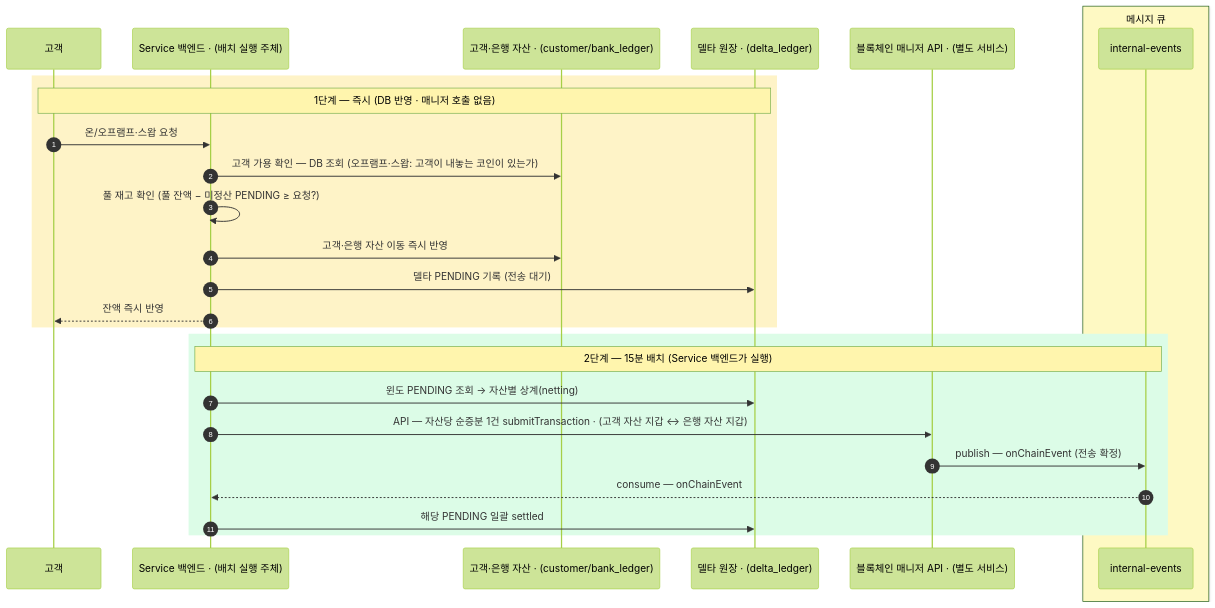
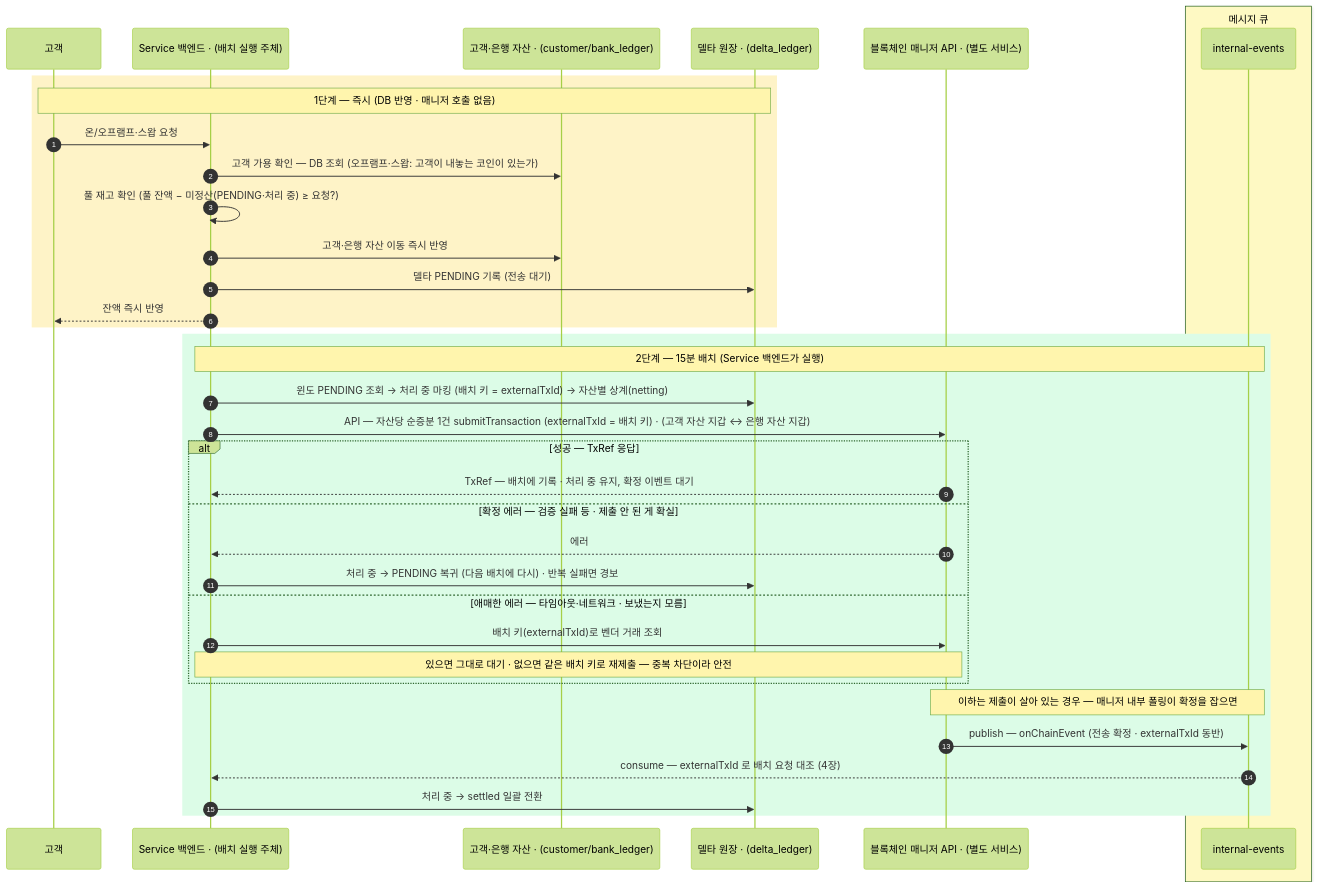
The first of 2 diagrams in blockchain-manager/docs/블록체인매니저/설계/10-ramp-swap.md (eunsujeo/eunpus), drawn with Mermaid (forest theme) before and after one commit. The commit also changed other lines of this file and 8 other files, not shown here.

````diff
--- a/blockchain-manager/docs/블록체인매니저/설계/10-ramp-swap.md
+++ b/blockchain-manager/docs/블록체인매니저/설계/10-ramp-swap.md
@@ -25,31 +25,41 @@
 ```mermaid
 sequenceDiagram
     autonumber
     participant Cust as 고객
     participant App as Service 백엔드 · (배치 실행 주체)
     participant DB as 고객·은행 자산 · (customer/bank_ledger)
     participant DL as 델타 원장 · (delta_ledger)
     participant BM as 블록체인 매니저 API · (별도 서비스)
     box rgb(254,249,195) 메시지 큐
     participant MQ as internal-events
     end
 
     rect rgb(254,243,199)
     Note over Cust,DL: 1단계 — 즉시 (DB 반영 · 매니저 호출 없음)
     Cust->>App: 온/오프램프·스왑 요청
     App->>DB: 고객 가용 확인 — DB 조회 (오프램프·스왑: 고객이 내놓는 코인이 있는가)
-    App->>App: 풀 재고 확인 (풀 잔액 − 미정산 PENDING ≥ 요청?)
+    App->>App: 풀 재고 확인 (풀 잔액 − 미정산(PENDING·처리 중) ≥ 요청?)
     App->>DB: 고객·은행 자산 이동 즉시 반영
     App->>DL: 델타 PENDING 기록 (전송 대기)
     App-->>Cust: 잔액 즉시 반영
     end
 
     rect rgb(220,252,231)
     Note over App,MQ: 2단계 — 15분 배치 (Service 백엔드가 실행)
-    App->>DL: 윈도 PENDING 조회 → 자산별 상계(netting)
-    App->>BM: API — 자산당 순증분 1건 submitTransaction · (고객 자산 지갑 ↔ 은행 자산 지갑)
-    BM->>MQ: publish — onChainEvent (전송 확정)
-    MQ-->>App: consume — onChainEvent
-    App->>DL: 해당 PENDING 일괄 settled
+    App->>DL: 윈도 PENDING 조회 → 처리 중 마킹 (배치 키 = externalTxId) → 자산별 상계(netting)
+    App->>BM: API — 자산당 순증분 1건 submitTransaction (externalTxId = 배치 키) · (고객 자산 지갑 ↔ 은행 자산 지갑)
+    alt 성공 — TxRef 응답
+        BM-->>App: TxRef — 배치에 기록 · 처리 중 유지, 확정 이벤트 대기
+    else 확정 에러 — 검증 실패 등 · 제출 안 된 게 확실
+        BM-->>App: 에러
+        App->>DL: 처리 중 → PENDING 복귀 (다음 배치에 다시) · 반복 실패면 경보
+    else 애매한 에러 — 타임아웃·네트워크 · 보냈는지 모름
+        App->>BM: 배치 키(externalTxId)로 벤더 거래 조회
+        Note over App,BM: 있으면 그대로 대기 · 없으면 같은 배치 키로 재제출 — 중복 차단이라 안전
+    end
+    Note over BM,MQ: 이하는 제출이 살아 있는 경우 — 매니저 내부 폴링이 확정을 잡으면
+    BM->>MQ: publish — onChainEvent (전송 확정 · externalTxId 동반)
+    MQ-->>App: consume — externalTxId 로 배치 요청 대조 (4장)
+    App->>DL: 처리 중 → settled 일괄 전환
     end
 ```
````
